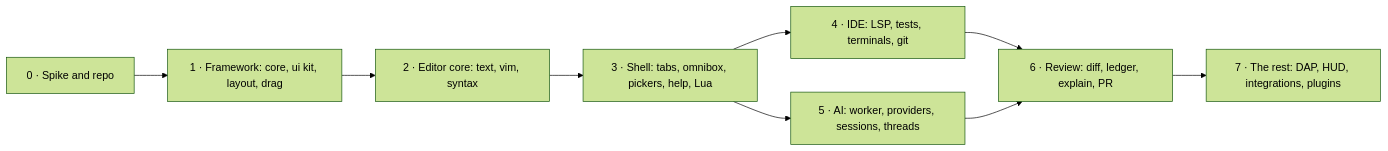
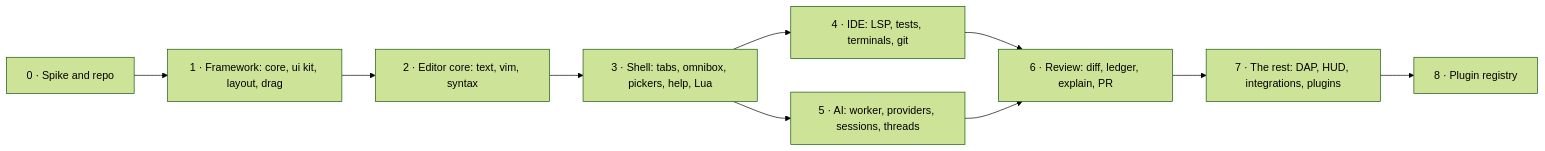
Before and after one commit to liamg/oriel: the diagram in _design/PLAN.md, drawn with Mermaid (forest theme). The commit also changed other lines of this file and 21 other files, not shown here.

First line of the commit message:
docs: plugin registry design and P8 tickets

````diff
--- a/_design/PLAN.md
+++ b/_design/PLAN.md
@@ -76,11 +76,12 @@
 ```mermaid
 flowchart LR
   P0["0 · Spike and repo"] --> P1["1 · Framework: core, ui kit, layout, drag"]
   P1 --> P2["2 · Editor core: text, vim, syntax"]
   P2 --> P3["3 · Shell: tabs, omnibox, pickers, help, Lua"]
   P3 --> P4["4 · IDE: LSP, tests, terminals, git"]
   P3 --> P5["5 · AI: worker, providers, sessions, threads"]
   P4 --> P6["6 · Review: diff, ledger, explain, PR"]
   P5 --> P6
   P6 --> P7["7 · The rest: DAP, HUD, integrations, plugins"]
+  P7 --> P8["8 · Plugin registry"]
 ```
````
